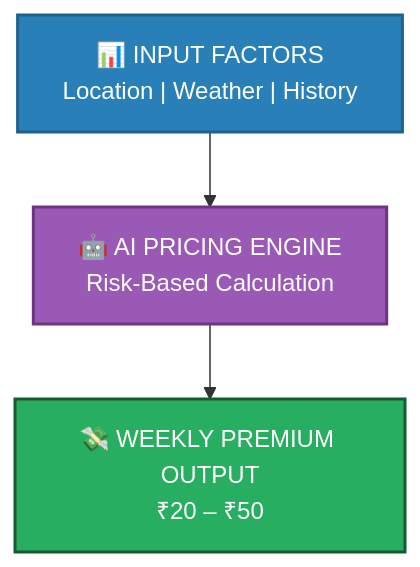
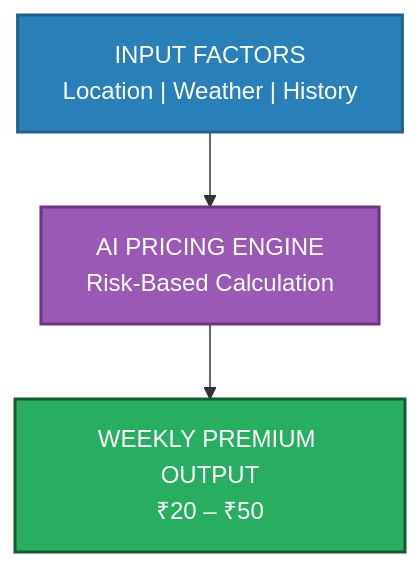
The third of 4 diagrams in README.md (nilanshucodes/GigGuards), drawn with Mermaid before and after one commit. The commit also changed other lines of this file, not shown here.

````diff
--- a/README.md
+++ b/README.md
@@ -99,13 +101,13 @@
 ```mermaid
 flowchart TD
 
-A["📊 INPUT FACTORS<br/>Location | Weather | History"]:::input
-B["🤖 AI PRICING ENGINE<br/>Risk-Based Calculation"]:::ai
-C["💸 WEEKLY PREMIUM OUTPUT<br/>₹20 – ₹50"]:::output
+A[" INPUT FACTORS<br/>Location | Weather | History"]:::input
+B[" AI PRICING ENGINE<br/>Risk-Based Calculation"]:::ai
+C[" WEEKLY PREMIUM OUTPUT<br/>₹20 – ₹50"]:::output
 
 A --> B --> C
 
 classDef input fill:#2980b9,color:#fff,stroke:#1f618d,stroke-width:2px;
 classDef ai fill:#9b59b6,color:#fff,stroke:#6c3483,stroke-width:2px;
 classDef output fill:#27ae60,color:#fff,stroke:#145a32,stroke-width:2px;
 ```
````
